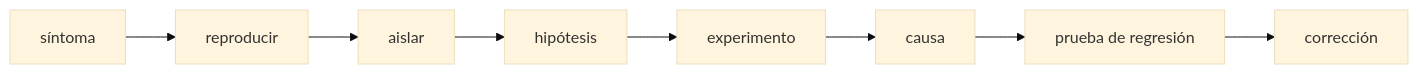
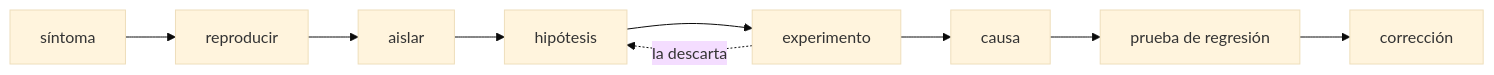
One commit to NICORUIZ93/The_Imperial_Book changed the first of 4 diagrams in web/public/content/foundations/modulo-5.md. Above: the diagram before and after it, drawn with Mermaid (base theme). The commit also changed other lines of this file, not shown here.

````diff
--- a/web/public/content/foundations/modulo-5.md
+++ b/web/public/content/foundations/modulo-5.md
@@ -16,5 +109,6 @@
 ```mermaid
 flowchart LR
     S["síntoma"] --> R["reproducir"] --> I["aislar"] --> H["hipótesis"]
     H --> E["experimento"] --> C["causa"] --> T["prueba de regresión"] --> F["corrección"]
+    E -. "la descarta" .-> H
 ```
````
